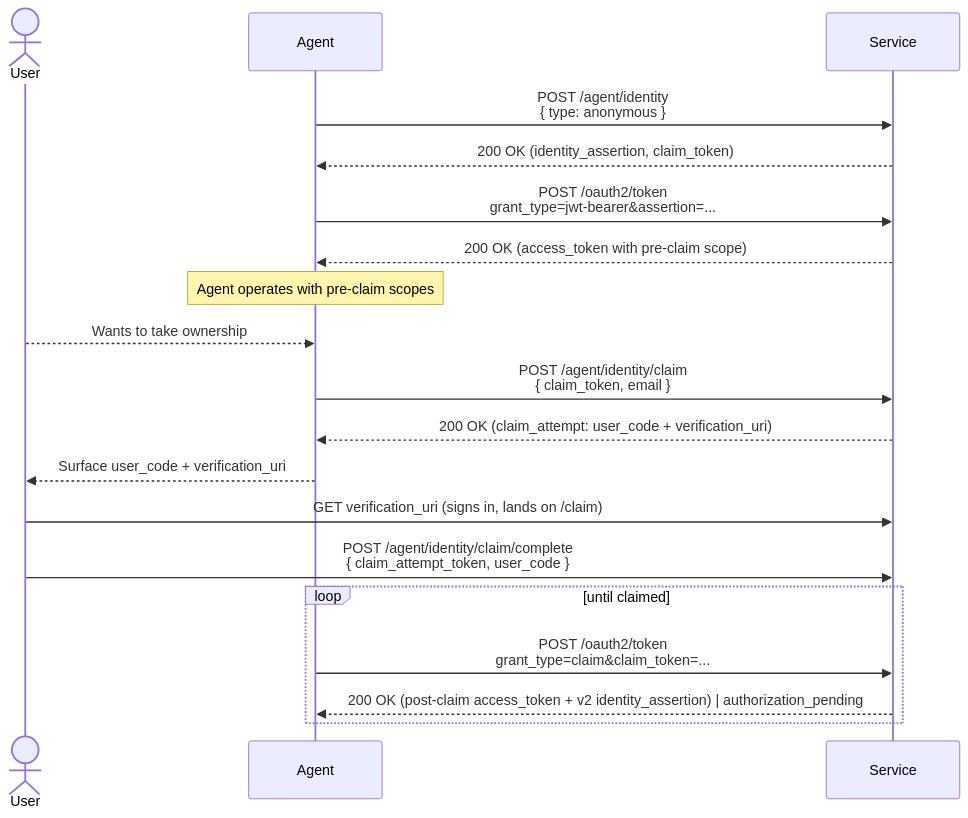
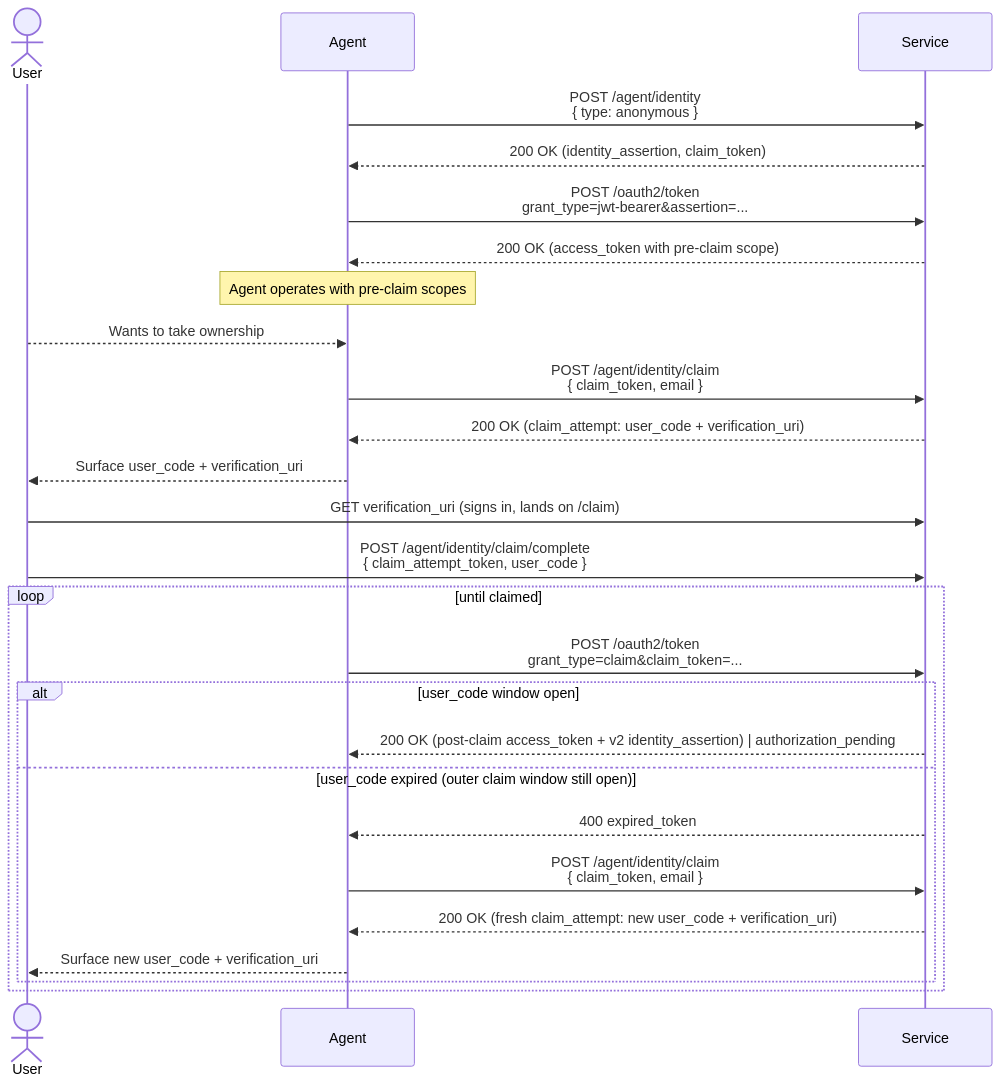
The third of 3 diagrams in README.md (timothybrush/auth.md), drawn with Mermaid before and after one commit. The commit also changed other lines of this file and 8 other files, not shown here.

````diff
--- a/README.md
+++ b/README.md
@@ -130,25 +137,32 @@
 ```mermaid
 sequenceDiagram
     actor User
     participant Agent
     participant Service
 
     Agent->>Service: POST /agent/identity<br/>{ type: anonymous }
     Service-->>Agent: 200 OK (identity_assertion, claim_token)
     Agent->>Service: POST /oauth2/token<br/>grant_type=jwt-bearer&assertion=...
     Service-->>Agent: 200 OK (access_token with pre-claim scope)
 
     Note over Agent: Agent operates with pre-claim scopes
 
     User-->>Agent: Wants to take ownership
     Agent->>Service: POST /agent/identity/claim<br/>{ claim_token, email }
     Service-->>Agent: 200 OK (claim_attempt: user_code + verification_uri)
     Agent-->>User: Surface user_code + verification_uri
     User->>Service: GET verification_uri (signs in, lands on /claim)
     User->>Service: POST /agent/identity/claim/complete<br/>{ claim_attempt_token, user_code }
 
     loop until claimed
       Agent->>Service: POST /oauth2/token<br/>grant_type=claim&claim_token=...
-      Service-->>Agent: 200 OK (post-claim access_token + v2 identity_assertion) | authorization_pending
+      alt user_code window open
+        Service-->>Agent: 200 OK (post-claim access_token + v2 identity_assertion) | authorization_pending
+      else user_code expired (outer claim window still open)
+        Service-->>Agent: 400 expired_token
+        Agent->>Service: POST /agent/identity/claim<br/>{ claim_token, email }
+        Service-->>Agent: 200 OK (fresh claim_attempt: new user_code + verification_uri)
+        Agent-->>User: Surface new user_code + verification_uri
+      end
     end
 ```
````
